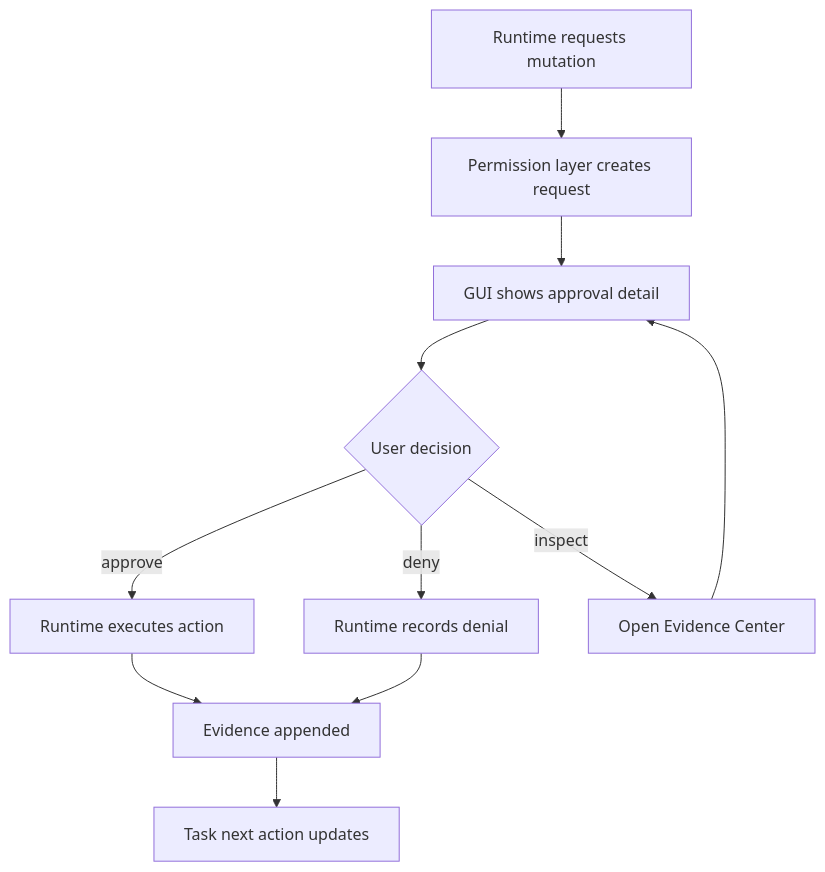
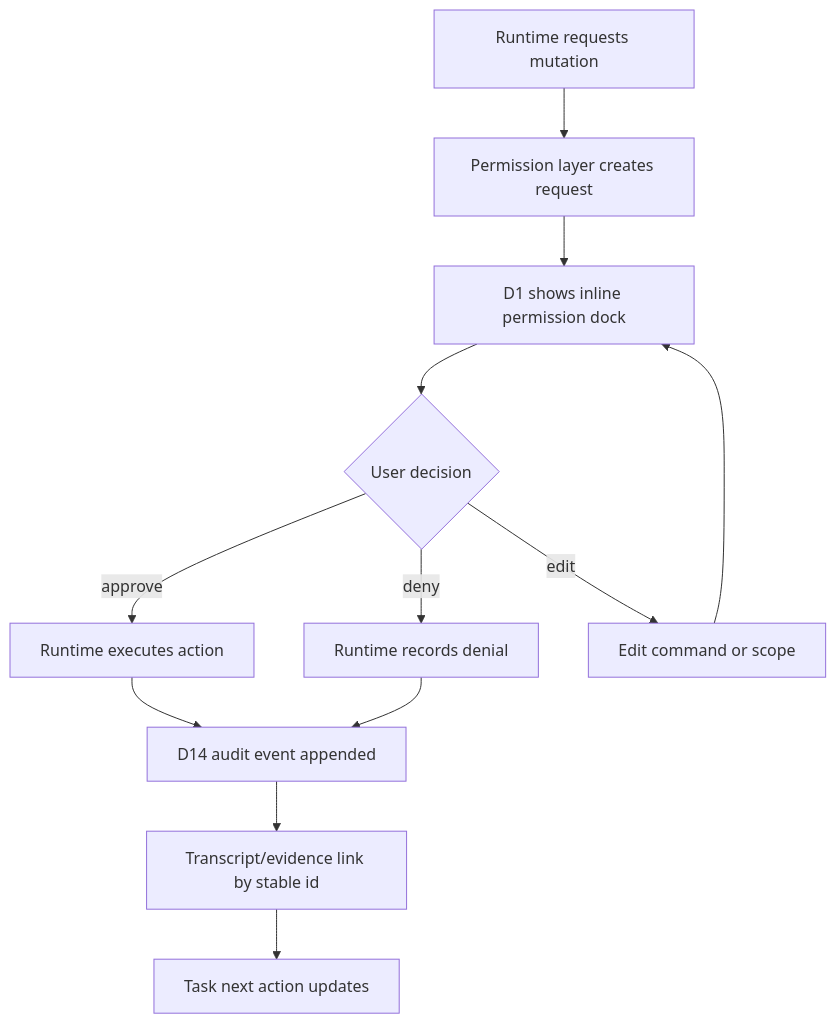
One commit to wikieden/robocode changed the fifth of 6 diagrams in docs/gui-version-functional-design.md. Above: the diagram before and after it, drawn with Mermaid. The commit also changed other lines of this file and 18 other files, not shown here.

````diff
--- a/docs/gui-version-functional-design.md
+++ b/docs/gui-version-functional-design.md
@@ -407,13 +418,14 @@
 ```mermaid
 flowchart TD
     A["Runtime requests mutation"] --> B["Permission layer creates request"]
-    B --> C["GUI shows approval detail"]
+    B --> C["D1 shows inline permission dock"]
     C --> D{"User decision"}
     D -->|approve| E["Runtime executes action"]
     D -->|deny| F["Runtime records denial"]
-    D -->|inspect| G["Open Evidence Center"]
+    D -->|edit| G["Edit command or scope"]
     G --> C
-    E --> H["Evidence appended"]
+    E --> H["D14 audit event appended"]
     F --> H
-    H --> I["Task next action updates"]
+    H --> I["Transcript/evidence link by stable id"]
+    I --> J["Task next action updates"]
 ```
````
